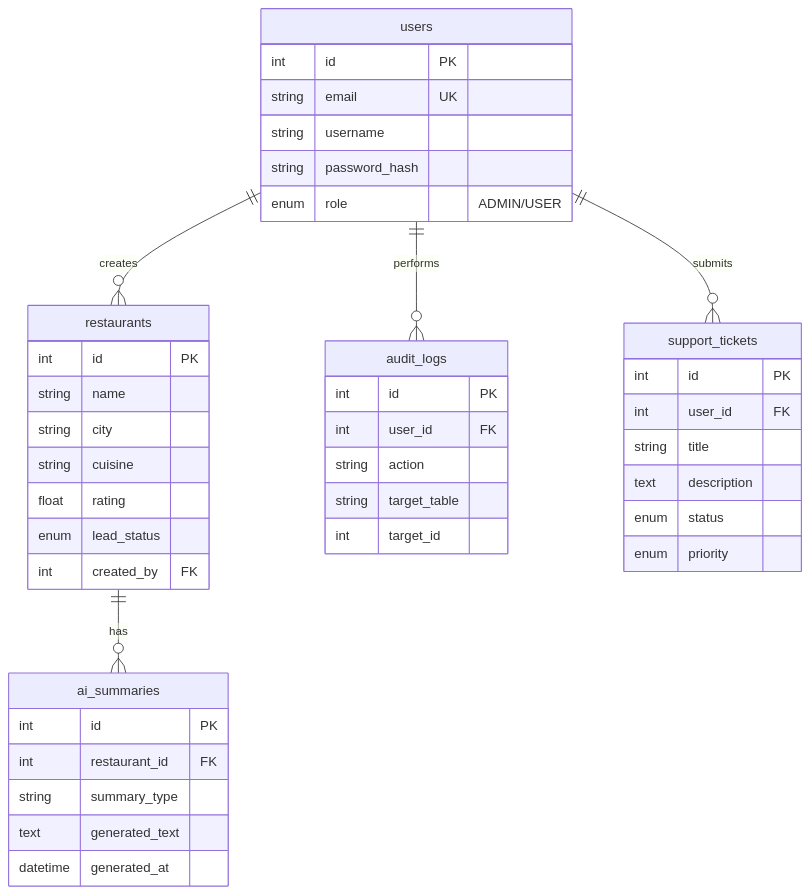
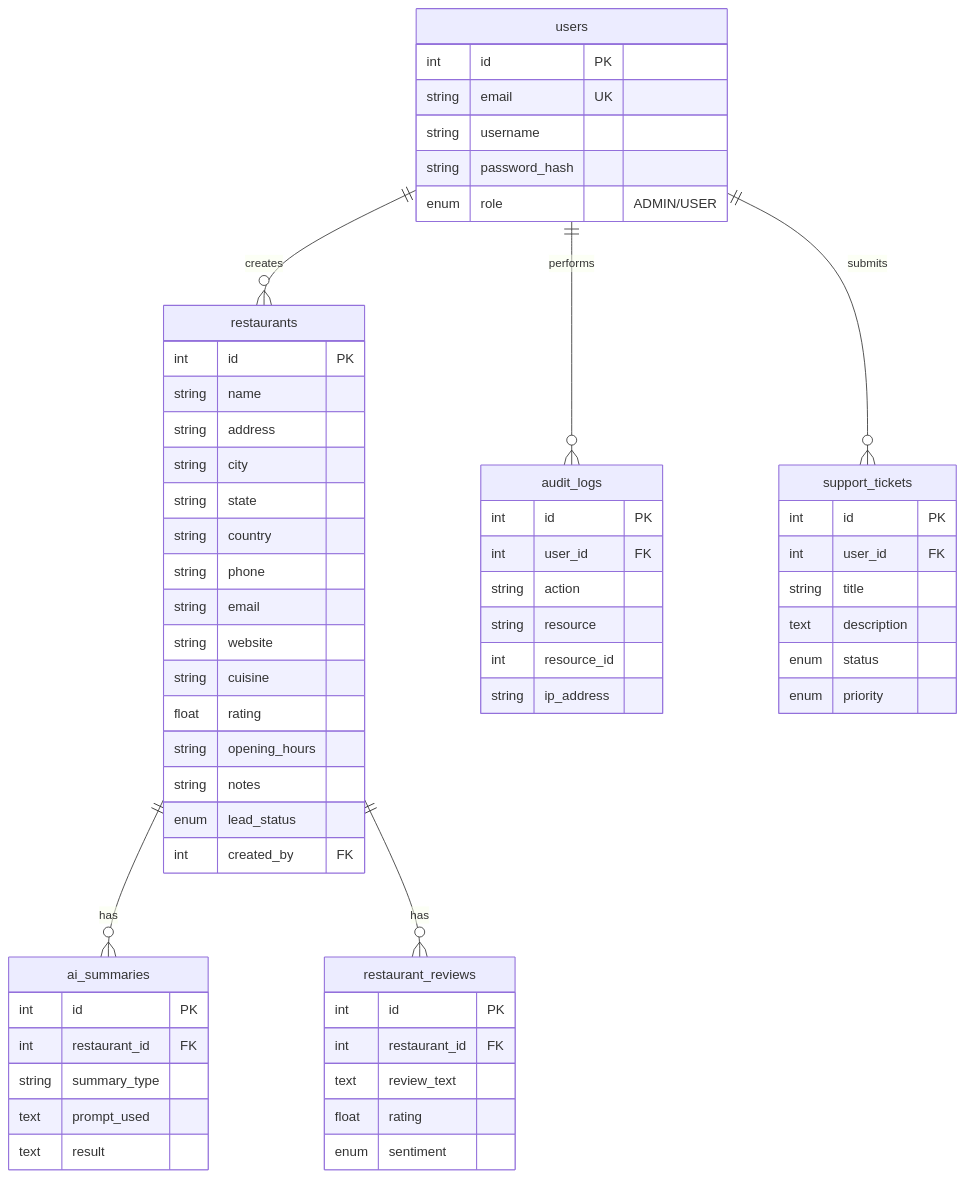
One commit to navin-sreethar/Restaurant-Discovery-Platform changed the second of 2 diagrams in README.md. Above: the diagram before and after it, drawn with Mermaid.

Commit message:
docs: align database ER diagram with actual schema

````diff
--- a/README.md
+++ b/README.md
@@ -65,50 +65,68 @@
 ```mermaid
 erDiagram
     users {
         int id PK
         string email UK
         string username
         string password_hash
         enum role "ADMIN/USER"
     }
     
     restaurants {
         int id PK
         string name
+        string address
         string city
+        string state
+        string country
+        string phone
+        string email
+        string website
         string cuisine
         float rating
+        string opening_hours
+        string notes
         enum lead_status
         int created_by FK
+    }
+
+    restaurant_reviews {
+        int id PK
+        int restaurant_id FK
+        text review_text
+        float rating
+        enum sentiment
     }
 
     ai_summaries {
         int id PK
         int restaurant_id FK
         string summary_type
-        text generated_text
-        datetime generated_at
+        text prompt_used
+        text result
     }
 
     audit_logs {
         int id PK
         int user_id FK
         string action
-        string target_table
-        int target_id
+        string resource
+        int resource_id
+        string ip_address
     }
 
     support_tickets {
         int id PK
         int user_id FK
         string title
         text description
         enum status
         enum priority
     }
 
     users ||--o{ restaurants : creates
     restaurants ||--o{ ai_summaries : has
+    restaurants ||--o{ restaurant_reviews : has
     users ||--o{ audit_logs : performs
     users ||--o{ support_tickets : submits
 ```
````
